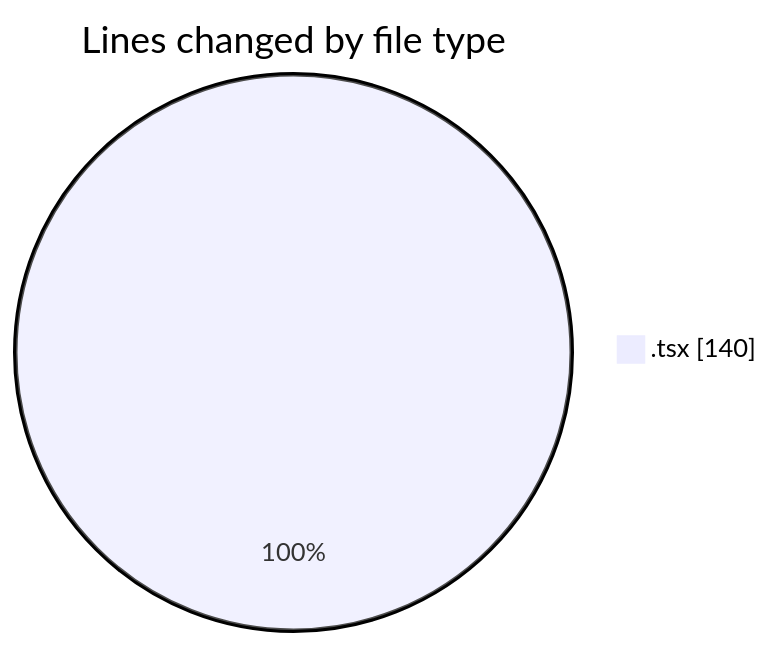
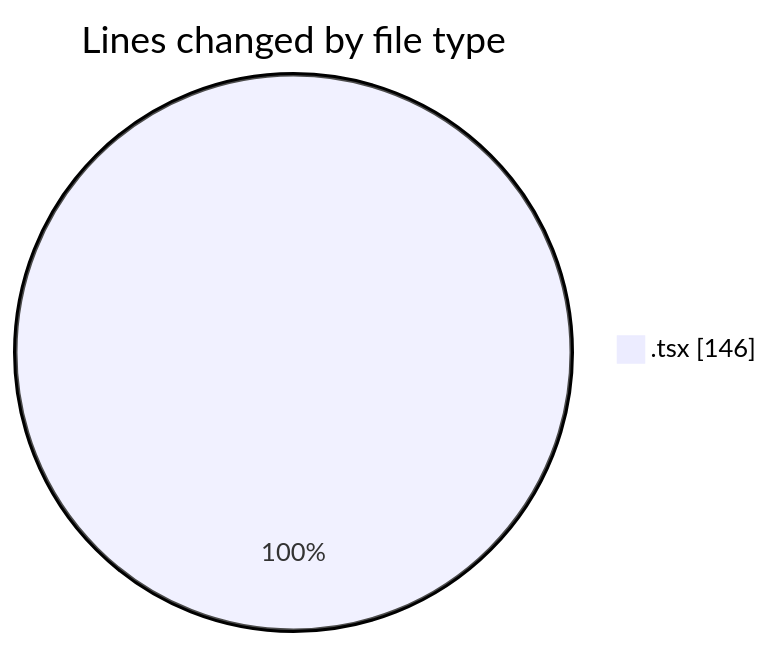
Before and after one commit to momahboobian/code-tracking: the first of 2 diagrams in 2025-06-17/cda/README.md, drawn with Mermaid. The commit also changed other lines of this file and 1 other file, not shown here.

````diff
--- a/2025-06-17/cda/README.md
+++ b/2025-06-17/cda/README.md
@@ -21,5 +21,5 @@
 ```mermaid
 pie showData
 title Lines changed by file type
-".tsx" : 140
+".tsx" : 146
 ```
````
